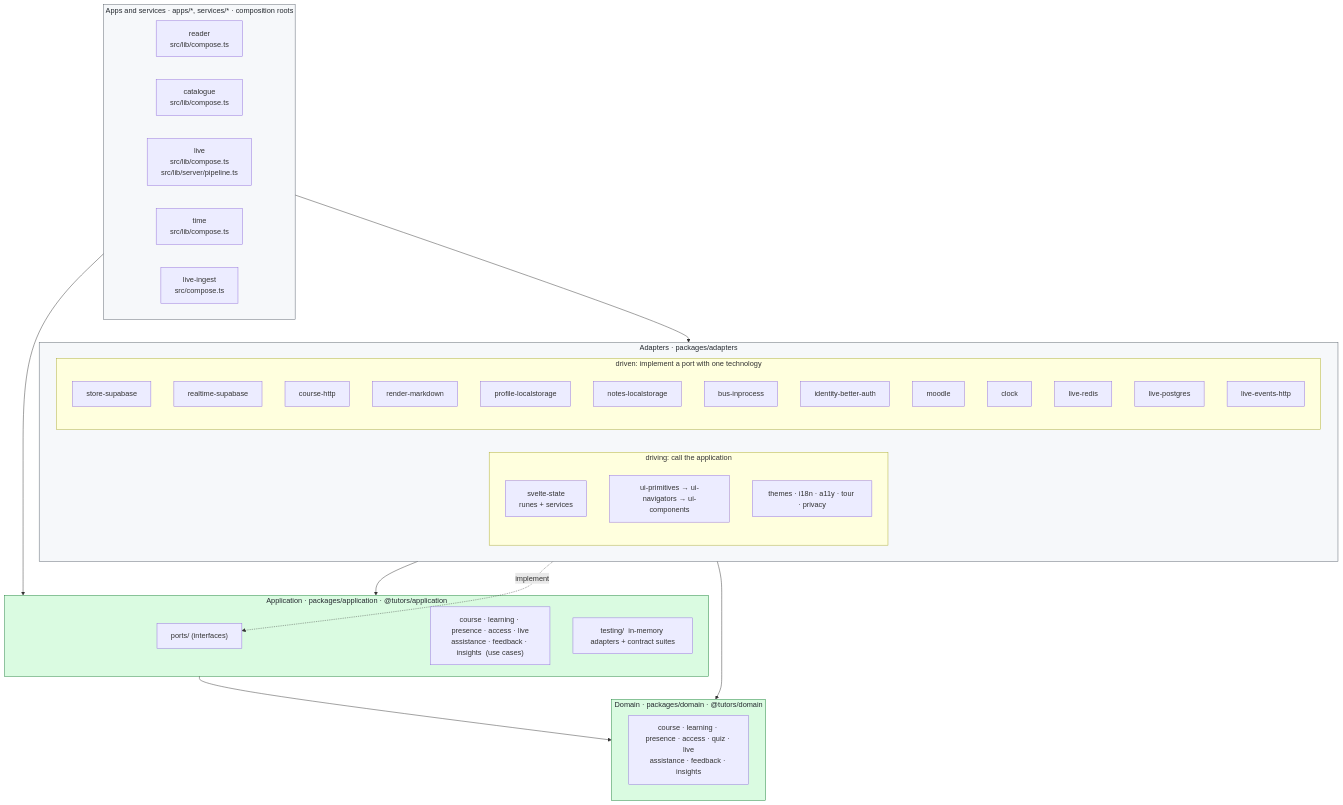
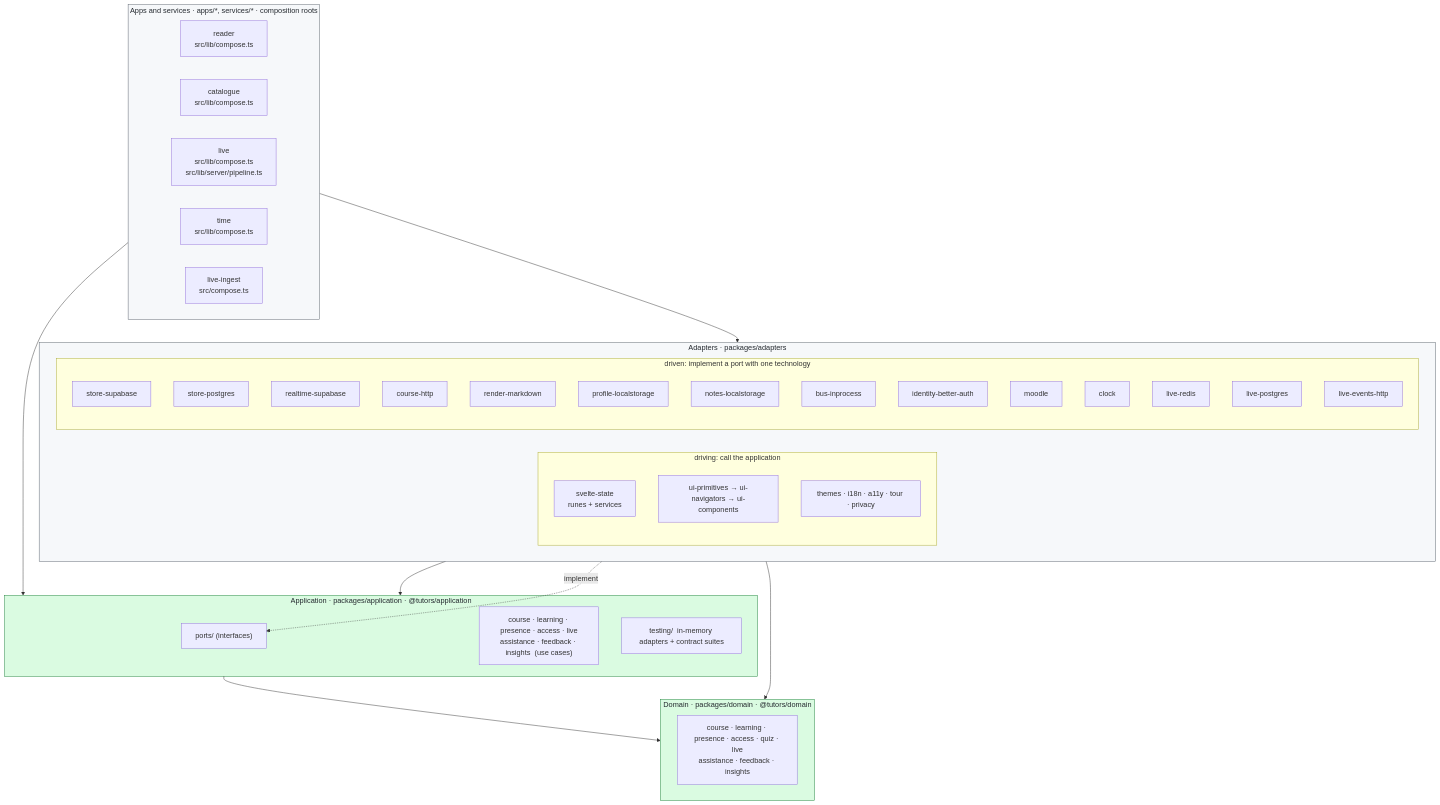
One commit to lgriffin/tutors-mono-repo-1 changed the third of 13 diagrams in ARCHITECTURE.md. Above: the diagram before and after it, drawn with Mermaid. The commit also changed other lines of this file and 52 other files, not shown here.

First line of the commit message:
S2: plain Postgres store (store-postgres) behind DATA_STORE (#4)

````diff
--- a/ARCHITECTURE.md
+++ b/ARCHITECTURE.md
@@ -124,57 +124,58 @@
 ```mermaid
 flowchart TB
   subgraph apps["Apps and services  ·  apps/*, services/*  ·  composition roots"]
     direction LR
     readerApp["reader<br/>src/lib/compose.ts"]
     catalogueApp["catalogue<br/>src/lib/compose.ts"]
     liveApp["live<br/>src/lib/compose.ts<br/>src/lib/server/pipeline.ts"]
     timeApp["time<br/>src/lib/compose.ts"]
     ingestService["live-ingest<br/>src/compose.ts"]
   end
 
   subgraph adapters["Adapters  ·  packages/adapters"]
     direction LR
     subgraph driving["driving: call the application"]
       svelteState["svelte-state<br/>runes + services"]
       ui["ui-primitives → ui-navigators → ui-components"]
       cross["themes · i18n · a11y · tour · privacy"]
     end
     subgraph driven["driven: implement a port with one technology"]
       storeSupabase["store-supabase"]
+      storePostgres["store-postgres"]
       realtimeSupabase["realtime-supabase"]
       courseHttp["course-http"]
       renderMarkdown["render-markdown"]
       profileLocal["profile-localstorage"]
       notesLocal["notes-localstorage"]
       bus["bus-inprocess"]
       identity["identity-better-auth"]
       moodle["moodle"]
       clock["clock"]
       liveRedis["live-redis"]
       livePostgres["live-postgres"]
       liveHttp["live-events-http"]
     end
   end
 
   subgraph application["Application  ·  packages/application  ·  @tutors/application"]
     ports["ports/  (interfaces)"]
     useCases["course · learning · presence · access · live<br/>assistance · feedback · insights  (use cases)"]
     testing["testing/  in-memory adapters + contract suites"]
   end
 
   subgraph domain["Domain  ·  packages/domain  ·  @tutors/domain"]
     domainModules["course · learning · presence · access · quiz · live<br/>assistance · feedback · insights"]
   end
 
   apps --> adapters
   apps --> application
   driving --> application
   driven -. implement .-> ports
   driven --> domain
   application --> domain
 
   classDef ring fill:#f6f8fa,stroke:#57606a,color:#24292f
   classDef core fill:#dafbe1,stroke:#1a7f37,color:#24292f
   class apps,adapters ring
   class application,domain core
 ```
````
